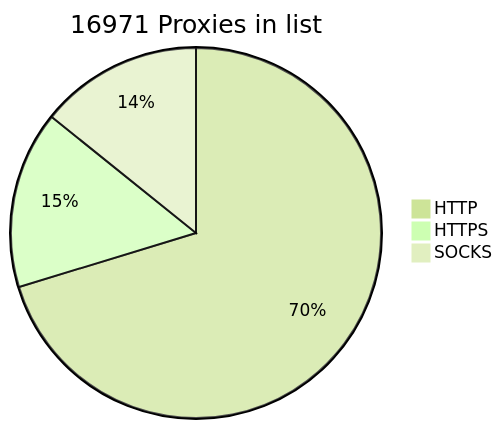
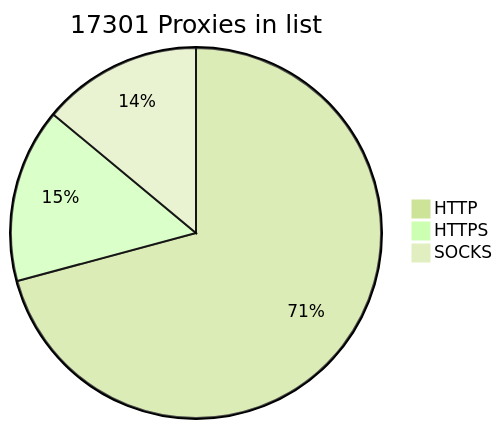
Before and after one commit to BlackSnowDot/proxylist-update-every-minute: the diagram in README.md, drawn with Mermaid (forest theme). The commit also changed other lines of this file, not shown here.

````diff
--- a/README.md
+++ b/README.md
@@ -2,6 +2,6 @@
 ```mermaid
-pie title 16971 Proxies in list
-    "HTTP" : 12813
-    "HTTPS": 2824
+pie title 17301 Proxies in list
+    "HTTP" : 13143
+    "HTTPS": 2823
     "SOCKS" : 2592
 ```
````
